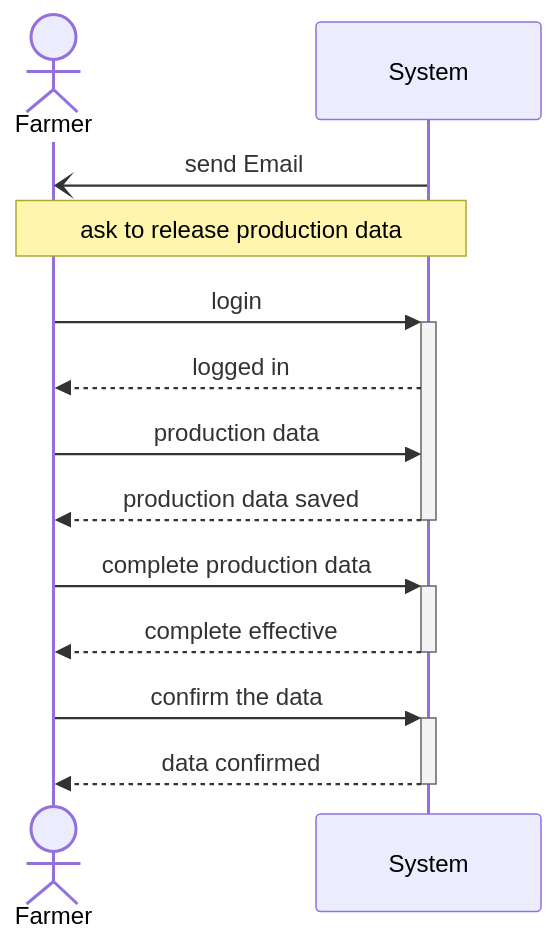
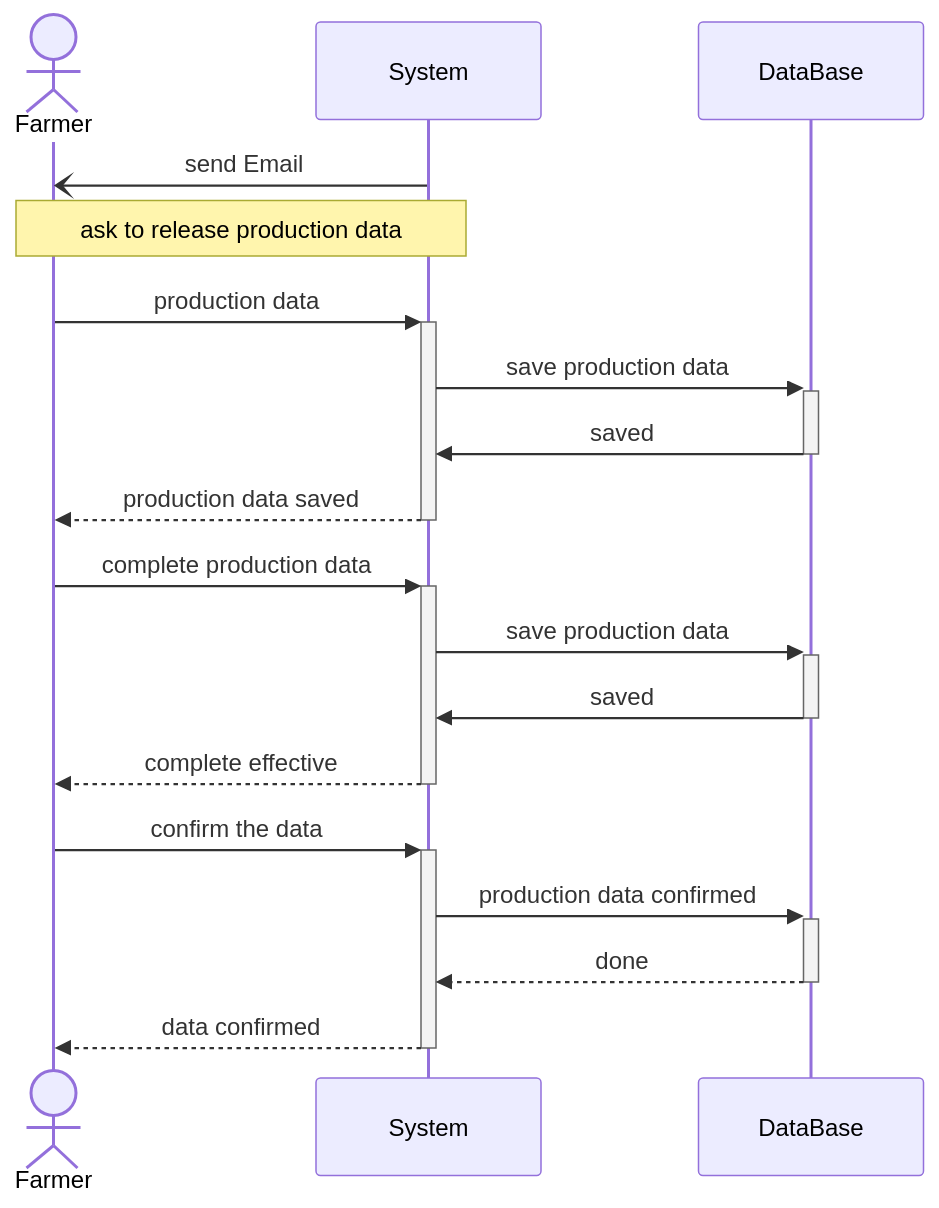
Before and after one commit to thekalipo/DeParcevauxPouliquen: the fourth of 7 diagrams in DeliveryFolder/UML.md, drawn with Mermaid. The commit also changed other lines of this file and 7 other files, not shown here.

````diff
--- a/DeliveryFolder/UML.md
+++ b/DeliveryFolder/UML.md
@@ -69,15 +69,19 @@
 ```mermaid
 sequenceDiagram
     actor Farmer
     participant System
     System -) Farmer: send Email
     Note over System, Farmer: ask to release production data
-    Farmer ->>+System: login
-    System-->>Farmer: logged in
-    Farmer ->>System: production data
+    Farmer ->>+System: production data
+    System ->>+DataBase: save production data
+    DataBase->>-System: saved
     System-->>-Farmer: production data saved
     Farmer->>+System: complete production data
+    System ->>+DataBase: save production data
+    DataBase->>-System: saved
     System-->>-Farmer: complete effective
     Farmer->>+System: confirm the data
+    System->>+DataBase: production data confirmed
+    DataBase-->>-System: done
     System-->>-Farmer: data confirmed
 ```
````
